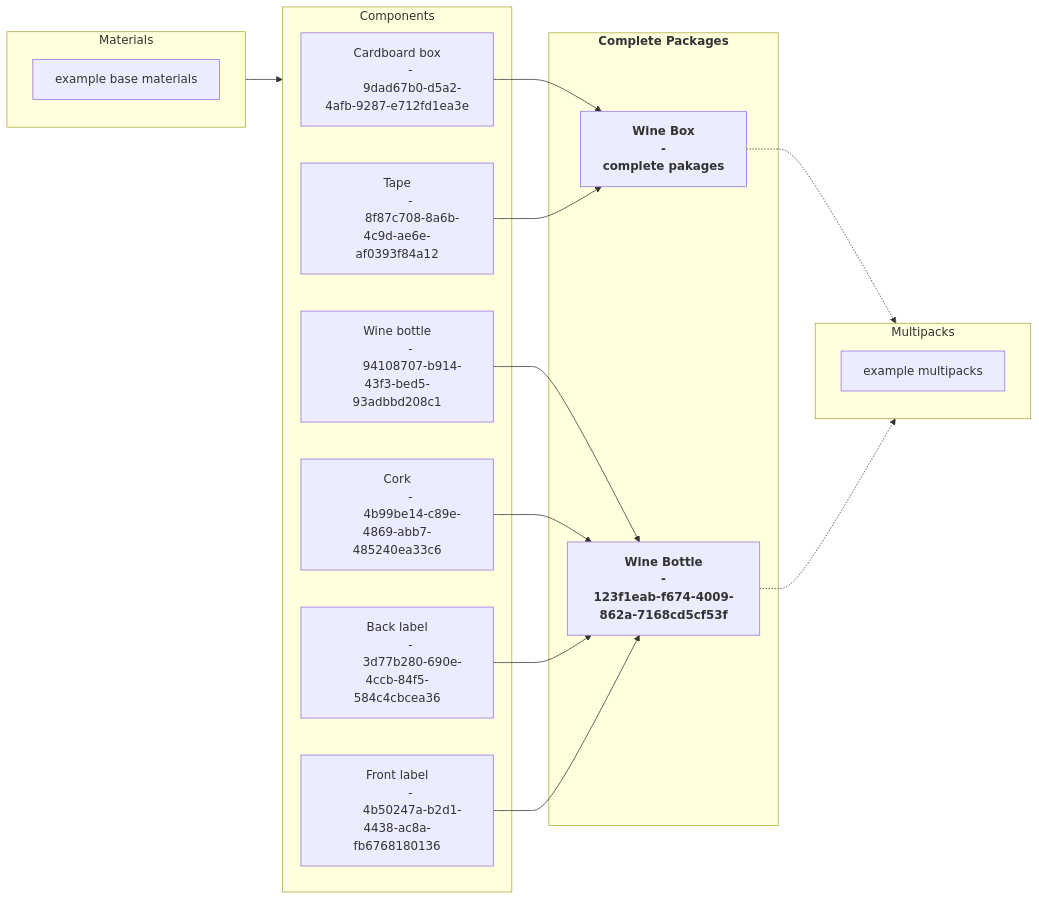
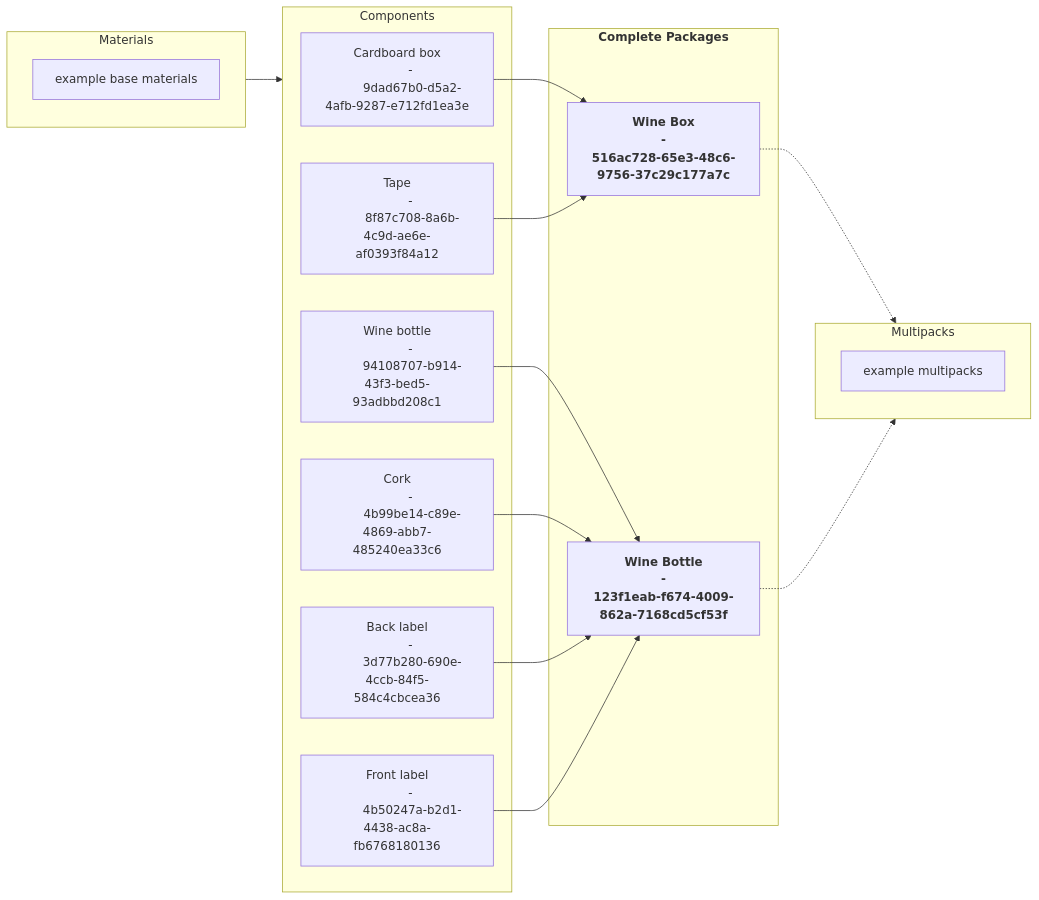
The second of 2 diagrams in docs/3_Data_Specification/3_4_Complete_Packaging.md (OpenDataManchester/Open3P), drawn with Mermaid before and after one commit. The commit also changed other lines of this file, not shown here.

Commit message:
Added UUIDs in json and data flow

````diff
--- a/docs/3_Data_Specification/3_4_Complete_Packaging.md
+++ b/docs/3_Data_Specification/3_4_Complete_Packaging.md
@@ -249,46 +249,46 @@
 ``` mermaid
 flowchart LR
     subgraph materials[Materials]
         bm_example["example base materials"]
     end
         subgraph components[Components]
         co_cardboardBox[Cardboard box
         - 
         9dad67b0-d5a2-4afb-9287-e712fd1ea3e]
         co_tape[Tape
         - 
         8f87c708-8a6b-4c9d-ae6e-af0393f84a12]
         co_wineBottle["Wine bottle
         - 
         94108707-b914-43f3-bed5-93adbbd208c1"]
         co_cork["Cork
         - 
         4b99be14-c89e-4869-abb7-485240ea33c6"]
         co_backLabel["Back label
         - 
         3d77b280-690e-4ccb-84f5-584c4cbcea36"]
         co_frontLabel["Front label
         - 
         4b50247a-b2d1-4438-ac8a-fb6768180136"]
     end
     subgraph completePackages["`**Complete Packages**`"]
         cp_wineBox["`**Wine Box
         -
-        complete pakages**`"]
+        516ac728-65e3-48c6-9756-37c29c177a7c**`"]
         cp_wineBottle["`**Wine Bottle
         -
         123f1eab-f674-4009-862a-7168cd5cf53f**`"]
     end
     subgraph multipacks[Multipacks]
         mp_example[example multipacks]
     end
     materials --> components
     co_cardboardBox --> cp_wineBox
     co_tape --> cp_wineBox
     co_wineBottle --> cp_wineBottle
     co_cork --> cp_wineBottle
     co_backLabel --> cp_wineBottle
     co_frontLabel --> cp_wineBottle
     cp_wineBox -.-> multipacks
     cp_wineBottle -.-> multipacks
 ```
````
